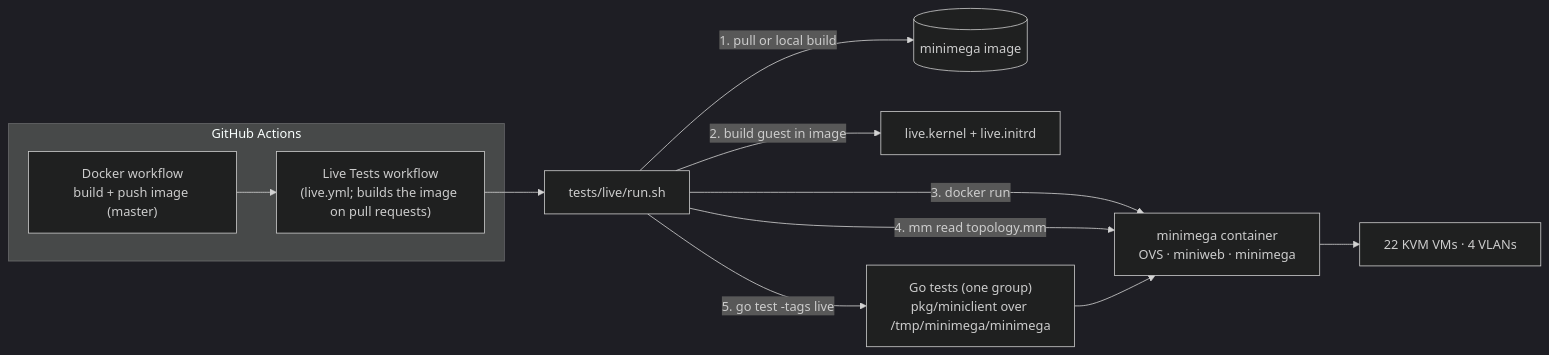
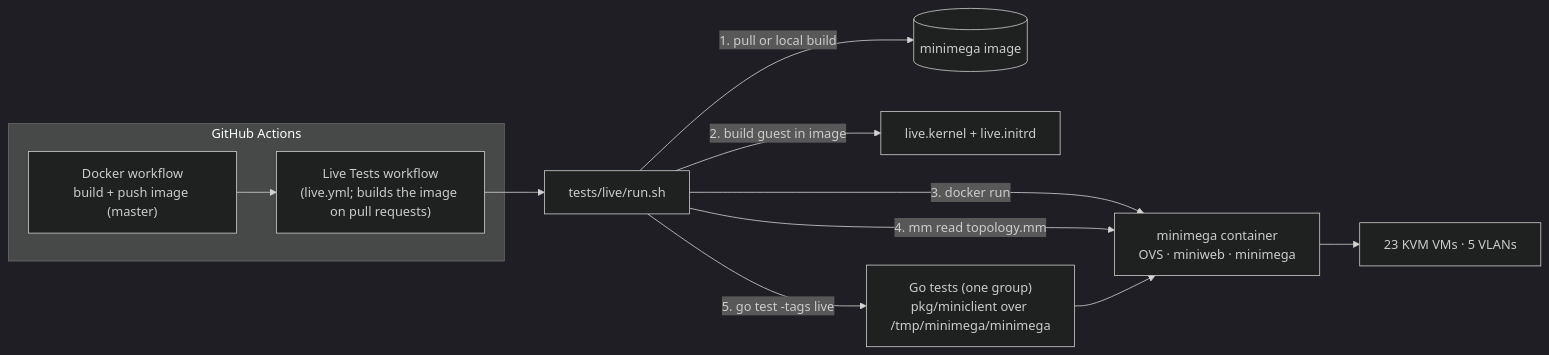
Before and after one commit to GhostofGoes/minimega: the first of 2 diagrams in tests/live/README.md, drawn with Mermaid (dark theme). The commit also changed other lines of this file and 10 other files, not shown here.

````diff
--- a/tests/live/README.md
+++ b/tests/live/README.md
@@ -13,14 +13,14 @@
 ```mermaid
 flowchart LR
   subgraph CI["GitHub Actions"]
     D["Docker workflow<br/>build + push image (master)"] --> L["Live Tests workflow<br/>(live.yml; builds the image on pull requests)"]
   end
   L --> R["tests/live/run.sh"]
   R -->|1. pull or local build| I[("minimega image")]
   R -->|2. build guest in image| G["live.kernel + live.initrd"]
   R -->|3. docker run| C["minimega container<br/>OVS · miniweb · minimega"]
   R -->|4. mm read topology.mm| C
   R -->|5. go test -tags live| T["Go tests (one group)<br/>pkg/miniclient over /tmp/minimega/minimega"]
   T --> C
-  C --> V["22 KVM VMs · 4 VLANs"]
+  C --> V["23 KVM VMs · 5 VLANs"]
 ```
````
